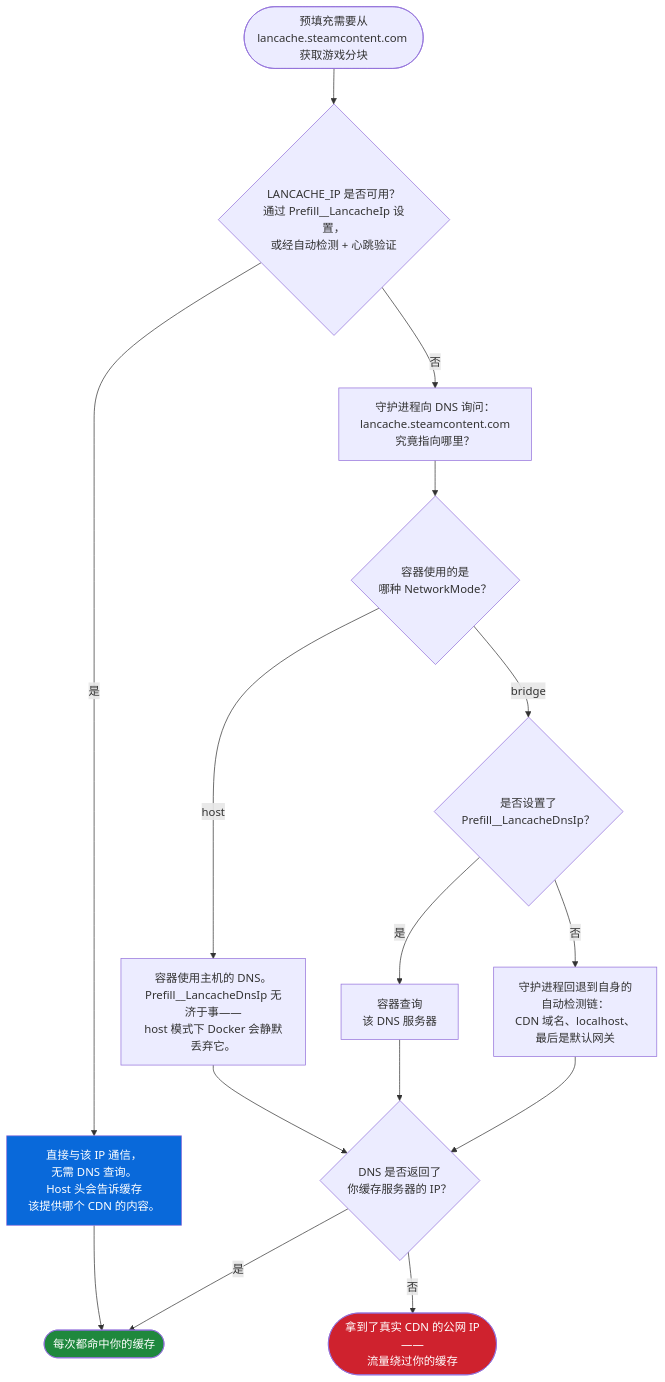
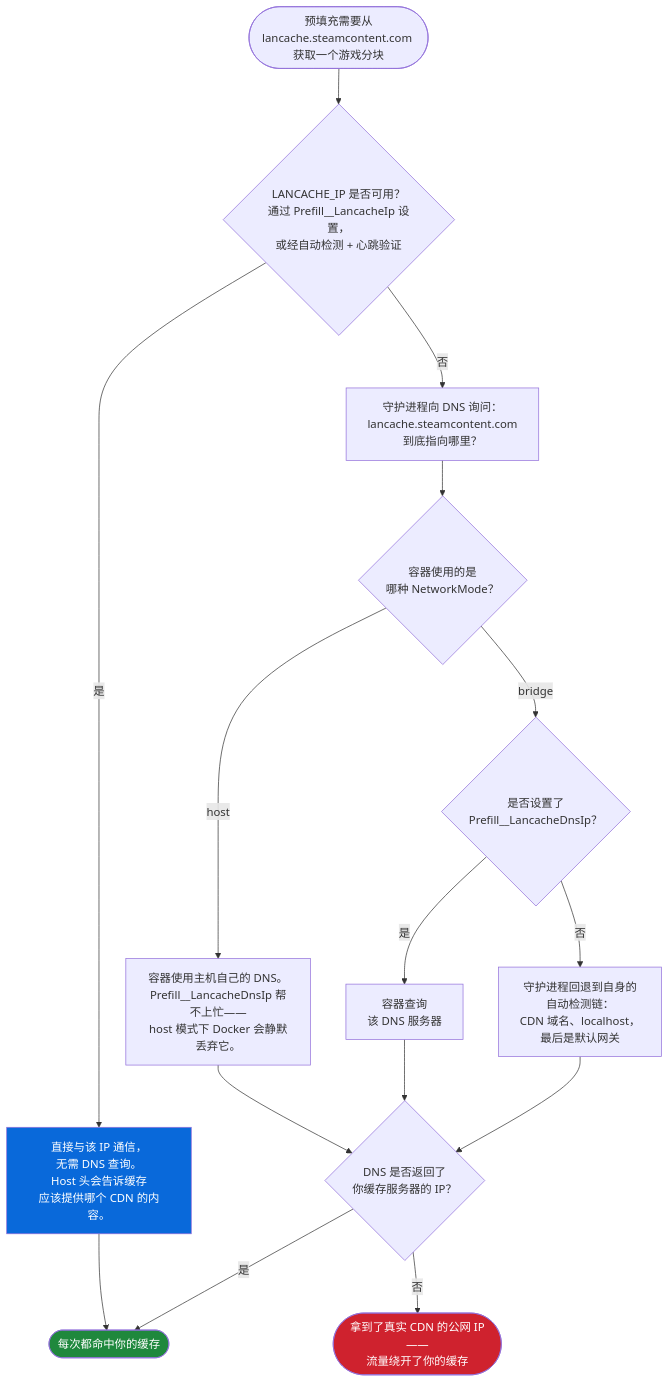
One commit to regix1/lancache-manager changed the diagram in README.zh.md. Above: the diagram before and after it, drawn with Mermaid. The commit also changed other lines of this file and 28 other files, not shown here.

````diff
--- a/README.zh.md
+++ b/README.zh.md
@@ -608,30 +474,30 @@
 ```mermaid
 flowchart TD
-    Start([预填充需要从<br/>lancache.steamcontent.com 获取游戏分块])
+    Start([预填充需要从<br/>lancache.steamcontent.com 获取一个游戏分块])
     LIP{LANCACHE_IP 是否可用？<br/>通过 Prefill__LancacheIp 设置，<br/>或经自动检测 + 心跳验证}
 
     Start --> LIP
 
-    LIP -->|是| Direct[直接与该 IP 通信，<br/>无需 DNS 查询。<br/>Host 头会告诉缓存<br/>该提供哪个 CDN 的内容。]
+    LIP -->|是| Direct[直接与该 IP 通信，<br/>无需 DNS 查询。<br/>Host 头会告诉缓存<br/>应该提供哪个 CDN 的内容。]
     Direct --> OK([每次都命中你的缓存])
 
-    LIP -->|否| DNS[守护进程向 DNS 询问：<br/>lancache.steamcontent.com<br/>究竟指向哪里？]
+    LIP -->|否| DNS[守护进程向 DNS 询问：<br/>lancache.steamcontent.com<br/>到底指向哪里？]
     DNS --> Mode{容器使用的是<br/>哪种 NetworkMode？}
 
-    Mode -->|host| HostDNS[容器使用主机的 DNS。<br/>Prefill__LancacheDnsIp 无济于事——<br/>host 模式下 Docker 会静默丢弃它。]
+    Mode -->|host| HostDNS[容器使用主机自己的 DNS。<br/>Prefill__LancacheDnsIp 帮不上忙——<br/>host 模式下 Docker 会静默丢弃它。]
     Mode -->|bridge| BridgeDNS{是否设置了<br/>Prefill__LancacheDnsIp？}
 
     BridgeDNS -->|是| ForcedDNS[容器查询<br/>该 DNS 服务器]
-    BridgeDNS -->|否| AutoDetect[守护进程回退到自身的<br/>自动检测链：<br/>CDN 域名、localhost、<br/>最后是默认网关]
+    BridgeDNS -->|否| AutoDetect[守护进程回退到自身的<br/>自动检测链：<br/>CDN 域名、localhost，<br/>最后是默认网关]
 
     HostDNS --> Outcome{DNS 是否返回了<br/>你缓存服务器的 IP？}
     ForcedDNS --> Outcome
     AutoDetect --> Outcome
 
     Outcome -->|是| OK
-    Outcome -->|否| Public([拿到了真实 CDN 的公网 IP——<br/>流量绕过你的缓存])
+    Outcome -->|否| Public([拿到了真实 CDN 的公网 IP——<br/>流量绕开了你的缓存])
 
     style OK fill:#1f883d,color:#fff
     style Public fill:#cf222e,color:#fff
     style Direct fill:#0969da,color:#fff
 ```
````
